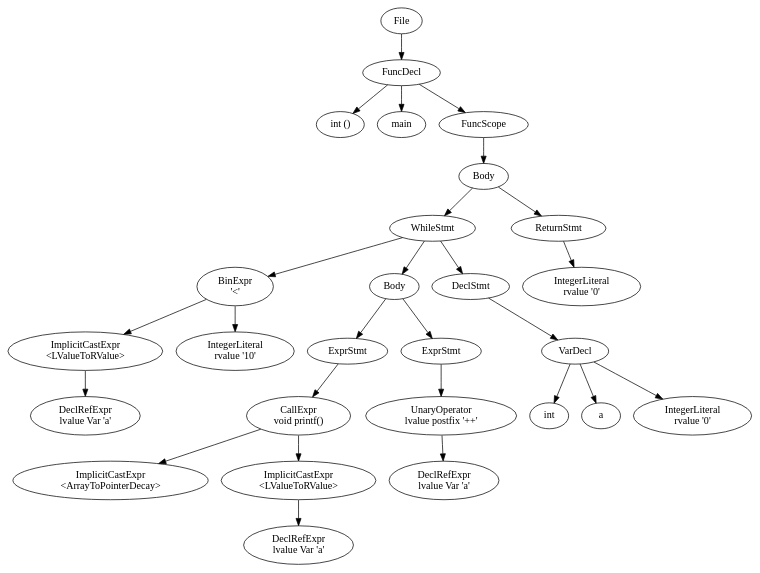
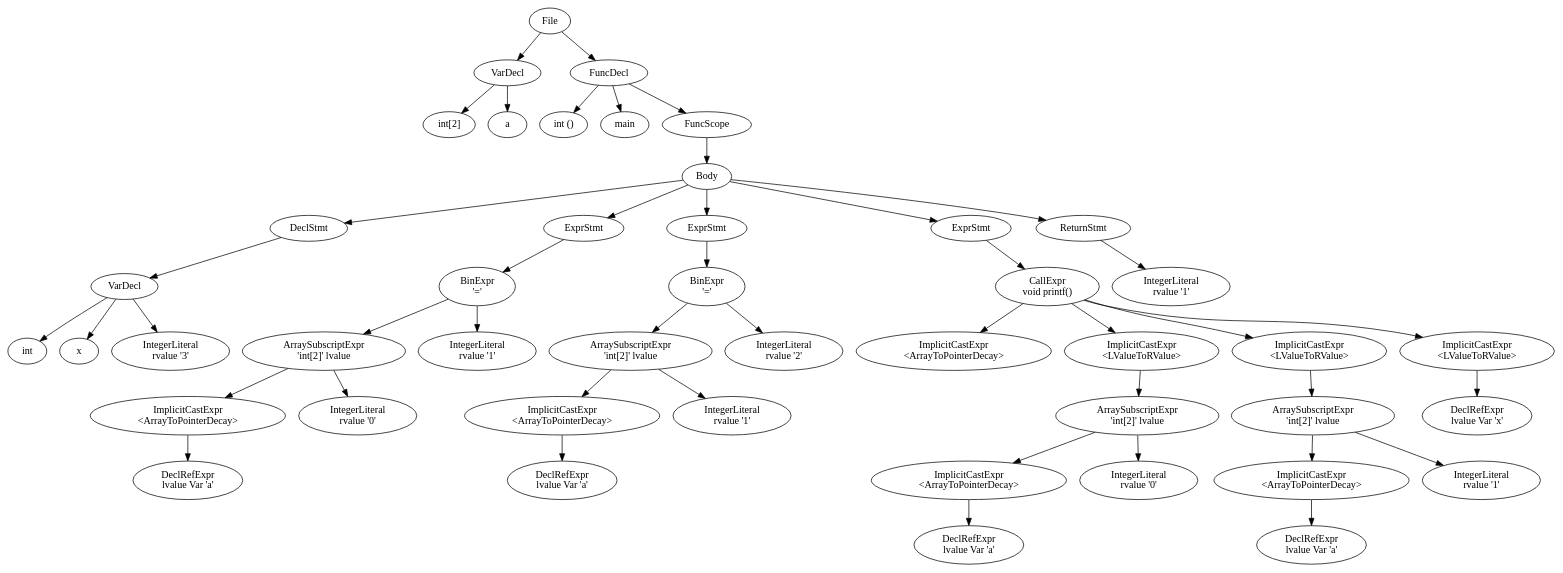
Before and after one commit to LarsDeLeeuw/Compilers: the diagram in src/output.dot, drawn with Graphviz. The commit also changed 6 other files, not shown here.

```diff
--- a/src/output.dot
+++ b/src/output.dot
@@ -1,66 +1,118 @@
 digraph {n0 [label="File"];
-n1 [label="FuncDecl"];
-n2 [label="int ()"];
-n3 [label="main"];
-n4 [label="FuncScope"];
-n6 [label="Body"];
-n8 [label="WhileStmt"];
-n10 [label="BinExpr
-'<'"];
-n11 [label="ImplicitCastExpr
+n1 [label="VarDecl"];
+n2 [label="int[2]"];
+n3 [label="a"];
+n5 [label="FuncDecl"];
+n6 [label="int ()"];
+n7 [label="main"];
+n8 [label="FuncScope"];
+n10 [label="Body"];
+n12 [label="DeclStmt"];
+n13 [label="VarDecl"];
+n14 [label="int"];
+n15 [label="x"];
+n16 [label="IntegerLiteral
+rvalue '3'"];
+n17 [label="ExprStmt"];
+n18 [label="BinExpr
+'='"];
+n19 [label="ArraySubscriptExpr
+'int[2]' lvalue"];
+n20 [label="ImplicitCastExpr
+<ArrayToPointerDecay>"];
+n21 [label="DeclRefExpr
+lvalue Var 'a'"];
+n22 [label="IntegerLiteral
+rvalue '0'"];
+n23 [label="IntegerLiteral
+rvalue '1'"];
+n24 [label="ExprStmt"];
+n25 [label="BinExpr
+'='"];
+n26 [label="ArraySubscriptExpr
+'int[2]' lvalue"];
+n27 [label="ImplicitCastExpr
+<ArrayToPointerDecay>"];
+n28 [label="DeclRefExpr
+lvalue Var 'a'"];
+n29 [label="IntegerLiteral
+rvalue '1'"];
+n30 [label="IntegerLiteral
+rvalue '2'"];
+n31 [label="ExprStmt"];
+n32 [label="CallExpr
+void printf()"];
+n34 [label="ImplicitCastExpr
+<ArrayToPointerDecay>"];
+n36 [label="ImplicitCastExpr
 <LValueToRValue>"];
-n12 [label="DeclRefExpr
+n37 [label="ArraySubscriptExpr
+'int[2]' lvalue"];
+n38 [label="ImplicitCastExpr
+<ArrayToPointerDecay>"];
+n39 [label="DeclRefExpr
 lvalue Var 'a'"];
-n13 [label="IntegerLiteral
-rvalue '10'"];
-n14 [label="Body"];
-n16 [label="ExprStmt"];
-n17 [label="CallExpr
-void printf()"];
-n19 [label="ImplicitCastExpr
+n40 [label="IntegerLiteral
+rvalue '0'"];
+n41 [label="ImplicitCastExpr
+<LValueToRValue>"];
+n42 [label="ArraySubscriptExpr
+'int[2]' lvalue"];
+n43 [label="ImplicitCastExpr
 <ArrayToPointerDecay>"];
-n21 [label="ImplicitCastExpr
+n44 [label="DeclRefExpr
+lvalue Var 'a'"];
+n45 [label="IntegerLiteral
+rvalue '1'"];
+n46 [label="ImplicitCastExpr
 <LValueToRValue>"];
-n22 [label="DeclRefExpr
-lvalue Var 'a'"];
-n23 [label="ExprStmt"];
-n24 [label="UnaryOperator
-lvalue postfix '++'"];
-n25 [label="DeclRefExpr
-lvalue Var 'a'"];
-n26 [label="DeclStmt"];
-n27 [label="VarDecl"];
-n28 [label="int"];
-n29 [label="a"];
-n30 [label="IntegerLiteral
-rvalue '0'"];
-n31 [label="ReturnStmt"];
-n32 [label="IntegerLiteral
-rvalue '0'"];
+n47 [label="DeclRefExpr
+lvalue Var 'x'"];
+n48 [label="ReturnStmt"];
+n49 [label="IntegerLiteral
+rvalue '1'"];
 n0 -> n1
 n1 -> n2
 n1 -> n3
-n1 -> n4
-n4 -> n6
-n6 -> n8
+n0 -> n5
+n5 -> n6
+n5 -> n7
+n5 -> n8
 n8 -> n10
-n10 -> n11
-n11 -> n12
-n10 -> n13
-n8 -> n14
-n14 -> n16
-n16 -> n17
-n17 -> n19
-n17 -> n21
-n21 -> n22
-n14 -> n23
-n23 -> n24
+n10 -> n12
+n12 -> n13
+n13 -> n14
+n13 -> n15
+n13 -> n16
+n10 -> n17
+n17 -> n18
+n18 -> n19
+n19 -> n20
+n20 -> n21
+n19 -> n22
+n18 -> n23
+n10 -> n24
 n24 -> n25
-n8 -> n26
+n25 -> n26
 n26 -> n27
 n27 -> n28
-n27 -> n29
-n27 -> n30
-n6 -> n31
+n26 -> n29
+n25 -> n30
+n10 -> n31
 n31 -> n32
+n32 -> n34
+n32 -> n36
+n36 -> n37
+n37 -> n38
+n38 -> n39
+n37 -> n40
+n32 -> n41
+n41 -> n42
+n42 -> n43
+n43 -> n44
+n42 -> n45
+n32 -> n46
+n46 -> n47
+n10 -> n48
+n48 -> n49
 }
```
